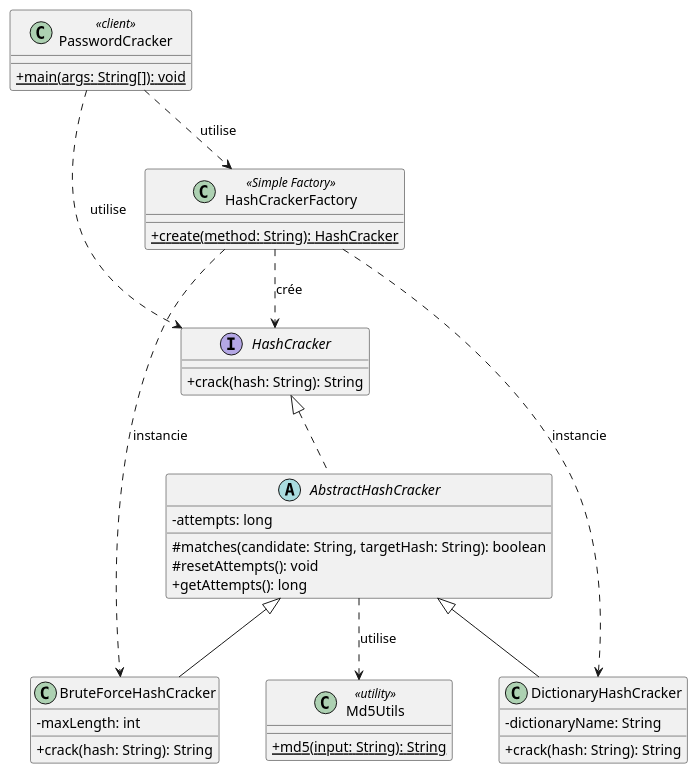
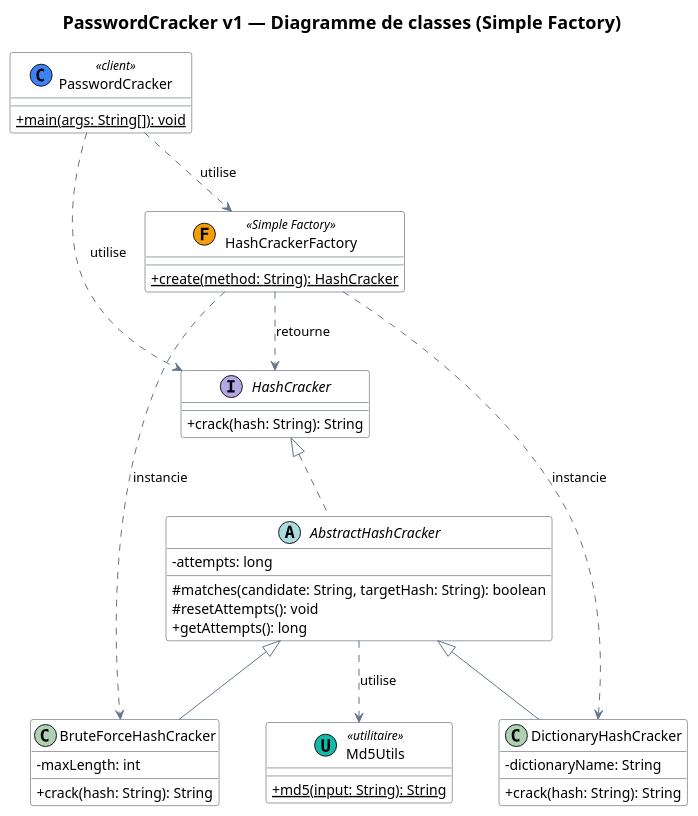
Before and after one commit to mamadou-sow-esp/PasswordCracker: the diagram in docs/uml.puml, drawn with PlantUML. The commit also changed 3 other files, not shown here.

Commit message:
Ajout liens depot/video + diagramme UML complet + section 4

```diff
--- a/docs/uml.puml
+++ b/docs/uml.puml
@@ -1,48 +1,58 @@
 @startuml PasswordCracker
 ' Diagramme de classes — PasswordCracker v1 (patron Simple Factory)
+skinparam shadowing false
 skinparam classAttributeIconSize 0
-skinparam shadowing false
+skinparam backgroundColor #FFFFFF
+skinparam class {
+  BackgroundColor #FFFFFF
+  BorderColor #334155
+  ArrowColor #64748B
+  FontName Segoe UI
+}
+skinparam stereotypeCBackgroundColor #E2E8F0
+skinparam titleFontSize 18
+title PasswordCracker v1 — Diagramme de classes (Simple Factory)
 
 interface HashCracker {
   + crack(hash: String): String
 }
 
 abstract class AbstractHashCracker {
   - attempts: long
   # matches(candidate: String, targetHash: String): boolean
   # resetAttempts(): void
   + getAttempts(): long
 }
 
 class DictionaryHashCracker {
   - dictionaryName: String
   + crack(hash: String): String
 }
 
 class BruteForceHashCracker {
   - maxLength: int
   + crack(hash: String): String
 }
 
-class HashCrackerFactory <<Simple Factory>> {
+class HashCrackerFactory << (F,#F59E0B) Simple Factory >> {
   + {static} create(method: String): HashCracker
 }
 
-class Md5Utils <<utility>> {
+class Md5Utils << (U,#14B8A6) utilitaire >> {
   + {static} md5(input: String): String
 }
 
-class PasswordCracker <<client>> {
+class PasswordCracker << (C,#3B82F6) client >> {
   + {static} main(args: String[]): void
 }
 
 HashCracker <|.. AbstractHashCracker
 AbstractHashCracker <|-- DictionaryHashCracker
 AbstractHashCracker <|-- BruteForceHashCracker
-AbstractHashCracker ..> Md5Utils : «utilise»
-HashCrackerFactory ..> HashCracker : «crée»
-HashCrackerFactory ..> DictionaryHashCracker : «instancie»
-HashCrackerFactory ..> BruteForceHashCracker : «instancie»
-PasswordCracker ..> HashCrackerFactory : «utilise»
-PasswordCracker ..> HashCracker : «utilise»
+AbstractHashCracker ..> Md5Utils : "utilise"
+HashCrackerFactory ..> HashCracker : "retourne"
+HashCrackerFactory ..> DictionaryHashCracker : "instancie"
+HashCrackerFactory ..> BruteForceHashCracker : "instancie"
+PasswordCracker ..> HashCrackerFactory : "utilise"
+PasswordCracker ..> HashCracker : "utilise"
 @enduml
```
